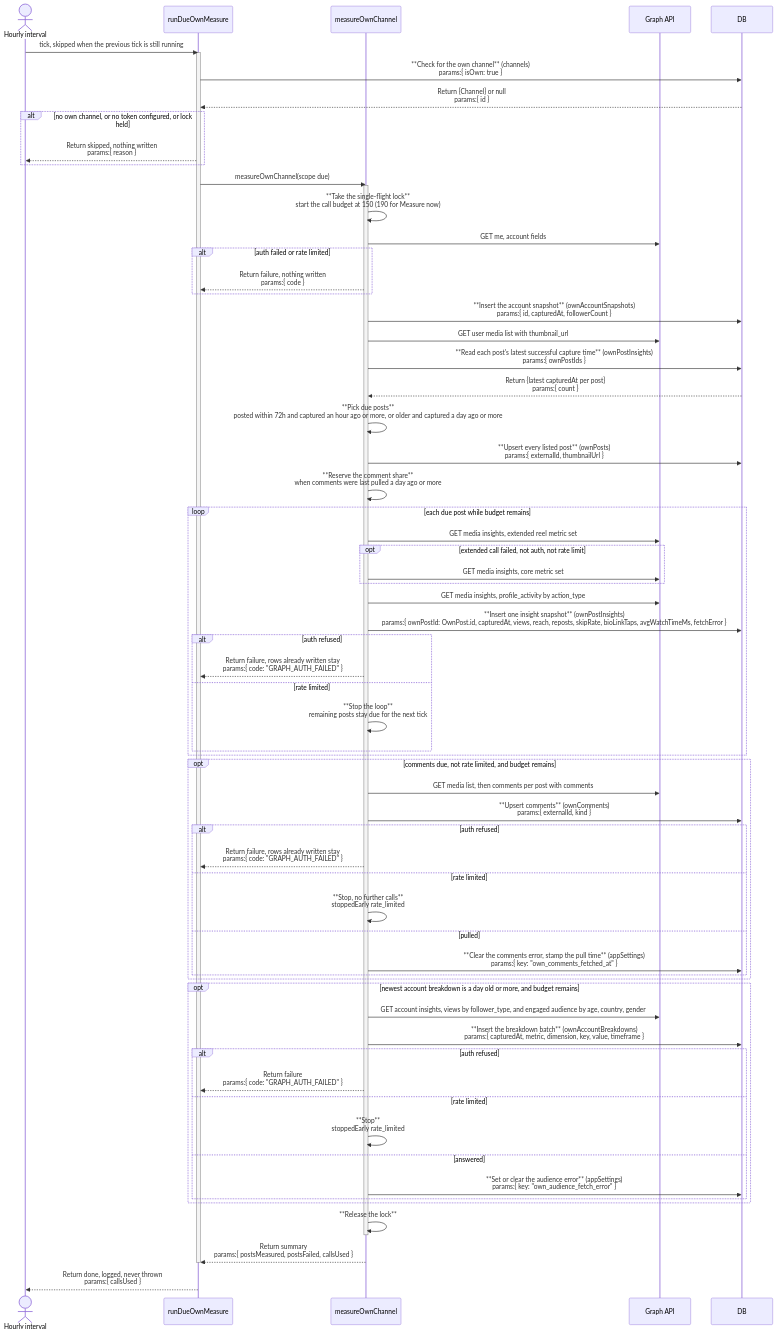
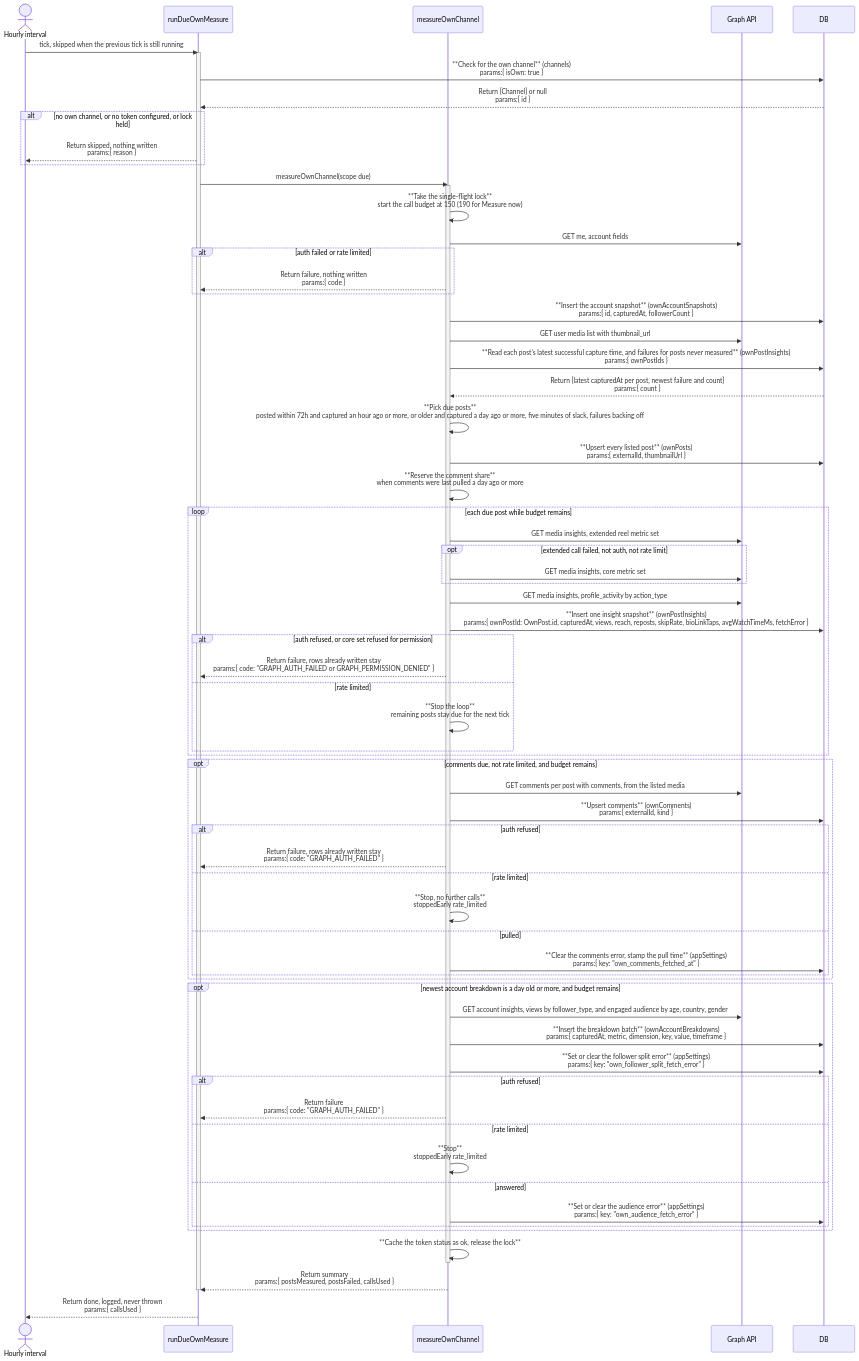
Before and after one commit to Kaiships-ai/crowsnest: the third of 4 diagrams in documents/architect/core-components/mine/02-architecture.md, drawn with Mermaid. The commit also changed other lines of this file and 3 other files, not shown here.

````diff
--- a/documents/architect/core-components/mine/02-architecture.md
+++ b/documents/architect/core-components/mine/02-architecture.md
@@ -226,70 +226,71 @@
 ```mermaid
 sequenceDiagram
     actor Timer as Hourly interval
     participant Tick as runDueOwnMeasure
     participant Svc as measureOwnChannel
     participant Graph as Graph API
     participant DB
 
     Timer->>Tick: tick, skipped when the previous tick is still running
     activate Tick
     Tick->>DB: **Check for the own channel** (channels)<br/>params:{ isOwn: true }
     DB-->>Tick: Return {Channel} or null<br/>params:{ id }
     alt no own channel, or no token configured, or lock held
         Tick-->>Timer: Return skipped, nothing written<br/>params:{ reason }
     end
     Tick->>Svc: measureOwnChannel(scope due)
     activate Svc
     Svc->>Svc: **Take the single-flight lock**<br/>start the call budget at 150 (190 for Measure now)
     Svc->>Graph: GET me, account fields
     alt auth failed or rate limited
         Svc-->>Tick: Return failure, nothing written<br/>params:{ code }
     end
     Svc->>DB: **Insert the account snapshot** (ownAccountSnapshots)<br/>params:{ id, capturedAt, followerCount }
     Svc->>Graph: GET user media list with thumbnail_url
-    Svc->>DB: **Read each post's latest successful capture time** (ownPostInsights)<br/>params:{ ownPostIds }
-    DB-->>Svc: Return {latest capturedAt per post}<br/>params:{ count }
-    Svc->>Svc: **Pick due posts**<br/>posted within 72h and captured an hour ago or more, or older and captured a day ago or more
+    Svc->>DB: **Read each post's latest successful capture time, and failures for posts never measured** (ownPostInsights)<br/>params:{ ownPostIds }
+    DB-->>Svc: Return {latest capturedAt per post, newest failure and count}<br/>params:{ count }
+    Svc->>Svc: **Pick due posts**<br/>posted within 72h and captured an hour ago or more, or older and captured a day ago or more, five minutes of slack, failures backing off
     Svc->>DB: **Upsert every listed post** (ownPosts)<br/>params:{ externalId, thumbnailUrl }
     Svc->>Svc: **Reserve the comment share**<br/>when comments were last pulled a day ago or more
     loop each due post while budget remains
         Svc->>Graph: GET media insights, extended reel metric set
         opt extended call failed, not auth, not rate limit
             Svc->>Graph: GET media insights, core metric set
         end
         Svc->>Graph: GET media insights, profile_activity by action_type
         Svc->>DB: **Insert one insight snapshot** (ownPostInsights)<br/>params:{ ownPostId: OwnPost.id, capturedAt, views, reach, reposts, skipRate, bioLinkTaps, avgWatchTimeMs, fetchError }
-        alt auth refused
-            Svc-->>Tick: Return failure, rows already written stay<br/>params:{ code: "GRAPH_AUTH_FAILED" }
+        alt auth refused, or core set refused for permission
+            Svc-->>Tick: Return failure, rows already written stay<br/>params:{ code: "GRAPH_AUTH_FAILED or GRAPH_PERMISSION_DENIED" }
         else rate limited
             Svc->>Svc: **Stop the loop**<br/>remaining posts stay due for the next tick
         end
     end
     opt comments due, not rate limited, and budget remains
-        Svc->>Graph: GET media list, then comments per post with comments
+        Svc->>Graph: GET comments per post with comments, from the listed media
         Svc->>DB: **Upsert comments** (ownComments)<br/>params:{ externalId, kind }
         alt auth refused
             Svc-->>Tick: Return failure, rows already written stay<br/>params:{ code: "GRAPH_AUTH_FAILED" }
         else rate limited
             Svc->>Svc: **Stop, no further calls**<br/>stoppedEarly rate_limited
         else pulled
             Svc->>DB: **Clear the comments error, stamp the pull time** (appSettings)<br/>params:{ key: "own_comments_fetched_at" }
         end
     end
     opt newest account breakdown is a day old or more, and budget remains
         Svc->>Graph: GET account insights, views by follower_type, and engaged audience by age, country, gender
         Svc->>DB: **Insert the breakdown batch** (ownAccountBreakdowns)<br/>params:{ capturedAt, metric, dimension, key, value, timeframe }
+        Svc->>DB: **Set or clear the follower split error** (appSettings)<br/>params:{ key: "own_follower_split_fetch_error" }
         alt auth refused
             Svc-->>Tick: Return failure<br/>params:{ code: "GRAPH_AUTH_FAILED" }
         else rate limited
             Svc->>Svc: **Stop**<br/>stoppedEarly rate_limited
         else answered
             Svc->>DB: **Set or clear the audience error** (appSettings)<br/>params:{ key: "own_audience_fetch_error" }
         end
     end
-    Svc->>Svc: **Release the lock**
+    Svc->>Svc: **Cache the token status as ok, release the lock**
     deactivate Svc
     Svc-->>Tick: Return summary<br/>params:{ postsMeasured, postsFailed, callsUsed }
     deactivate Tick
     Tick-->>Timer: Return done, logged, never thrown<br/>params:{ callsUsed }
 ```
````
